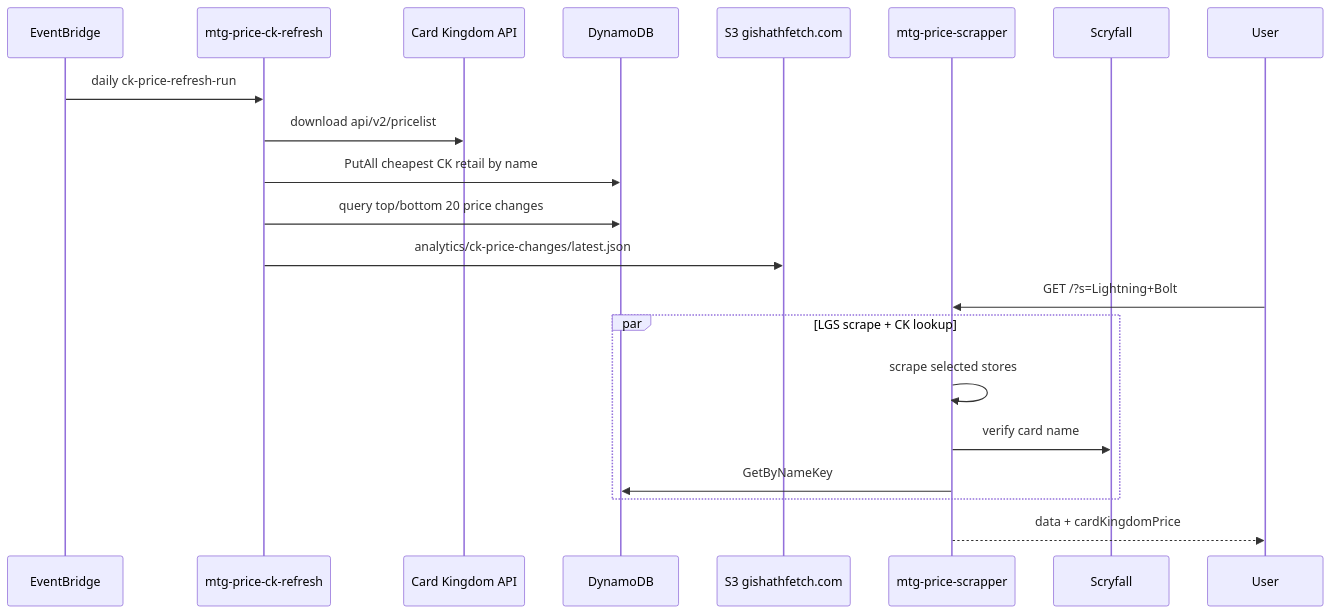
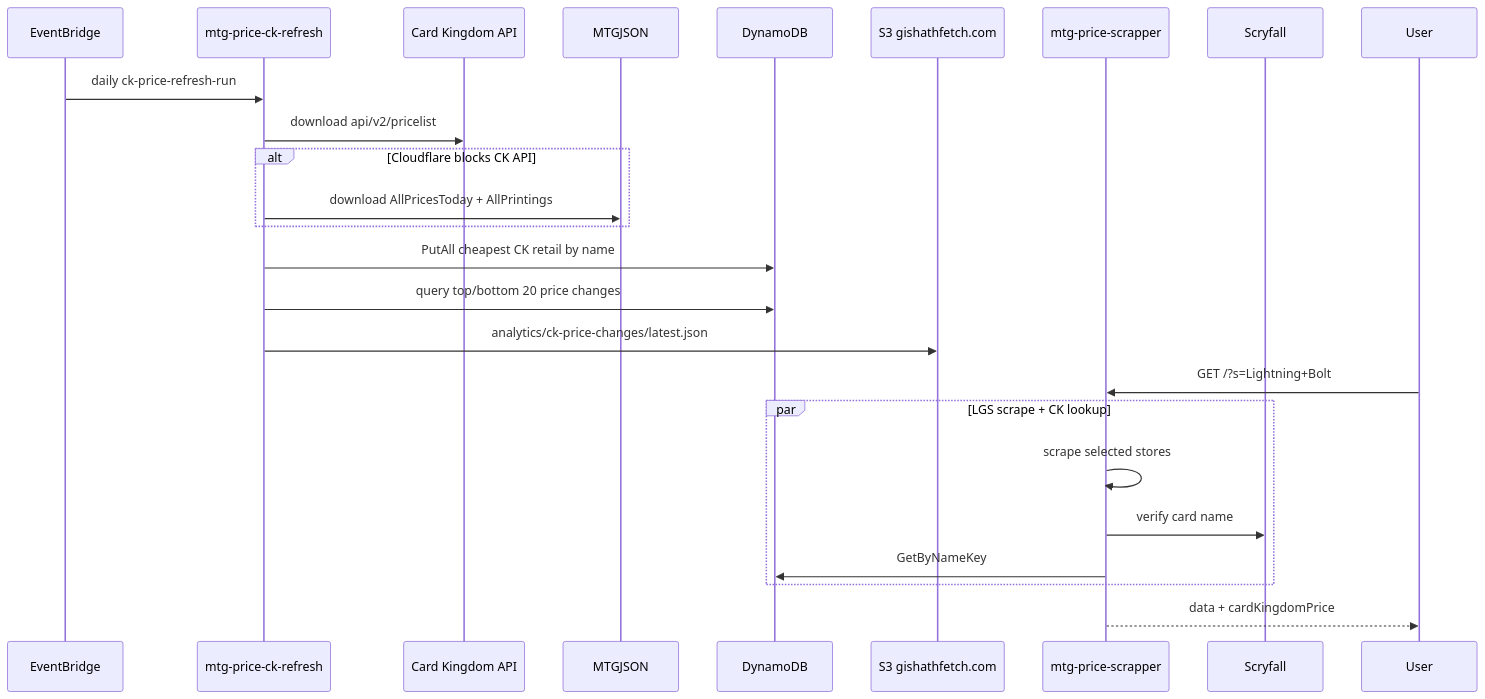
One commit to xenodus/gishathfetch changed the third of 4 diagrams in README.md. Above: the diagram before and after it, drawn with Mermaid. The commit also changed other lines of this file and 7 other files, not shown here.

First line of the commit message:
Fall back to MTGJSON when CK pricelist is Cloudflare-blocked

````diff
--- a/README.md
+++ b/README.md
@@ -153,24 +153,28 @@
 ```mermaid
 sequenceDiagram
     participant EB as EventBridge
     participant R as mtg-price-ck-refresh
     participant CK as Card Kingdom API
+    participant M as MTGJSON
     participant D as DynamoDB
     participant S3 as S3 gishathfetch.com
     participant S as mtg-price-scrapper
     participant SF as Scryfall
     participant U as User
 
     EB->>R: daily ck-price-refresh-run
     R->>CK: download api/v2/pricelist
+    alt Cloudflare blocks CK API
+        R->>M: download AllPricesToday + AllPrintings
+    end
     R->>D: PutAll cheapest CK retail by name
     R->>D: query top/bottom 20 price changes
     R->>S3: analytics/ck-price-changes/latest.json
     U->>S: GET /?s=Lightning+Bolt
     par LGS scrape + CK lookup
         S->>S: scrape selected stores
         S->>SF: verify card name
         S->>D: GetByNameKey
     end
     S-->>U: data + cardKingdomPrice
 ```
````
